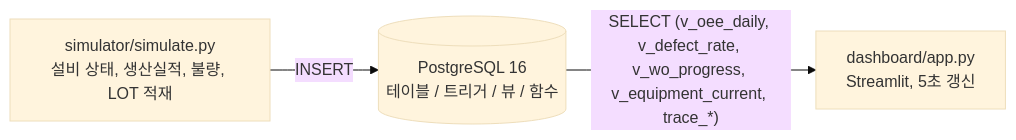
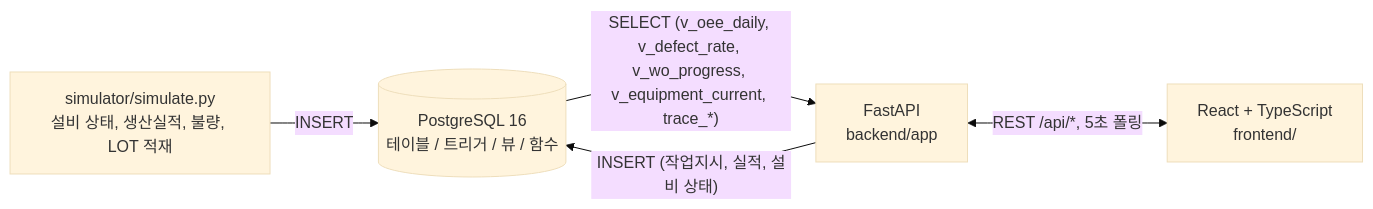
One commit to Yuni-97-lab/Mes changed the diagram in README.md. Above: the diagram before and after it, drawn with Mermaid (base theme). The commit also changed other lines of this file and 9 other files, not shown here.

````diff
--- a/README.md
+++ b/README.md
@@ -26,5 +37,7 @@
 ```mermaid
 flowchart LR
     SIM["simulator/simulate.py<br/>설비 상태, 생산실적, 불량, LOT 적재"] -->|INSERT| DB[("PostgreSQL 16<br/>테이블 / 트리거 / 뷰 / 함수")]
-    DB -->|"SELECT (v_oee_daily, v_defect_rate, v_wo_progress, v_equipment_current, trace_*)"| DASH["dashboard/app.py<br/>Streamlit, 5초 갱신"]
+    DB -->|"SELECT (v_oee_daily, v_defect_rate, v_wo_progress, v_equipment_current, trace_*)"| API["FastAPI<br/>backend/app"]
+    API -->|"INSERT (작업지시, 실적, 설비 상태)"| DB
+    API <-->|"REST /api/*, 5초 폴링"| UI["React + TypeScript<br/>frontend/"]
 ```
````
